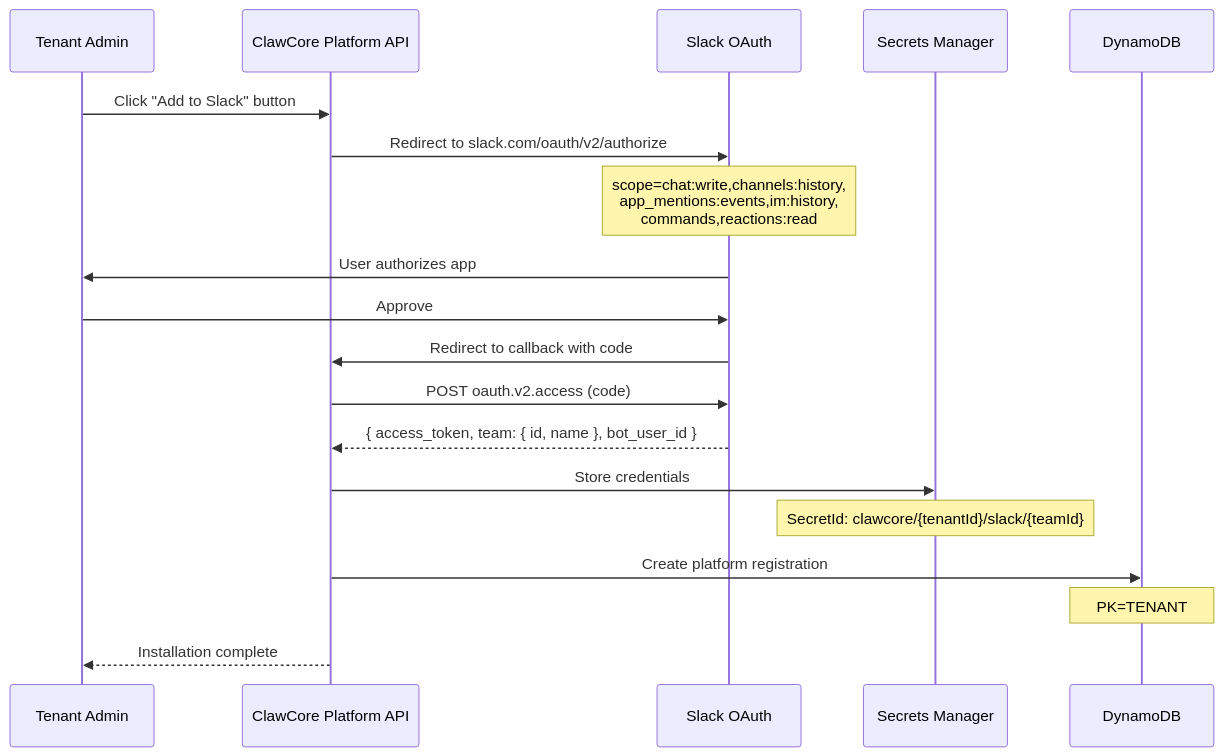
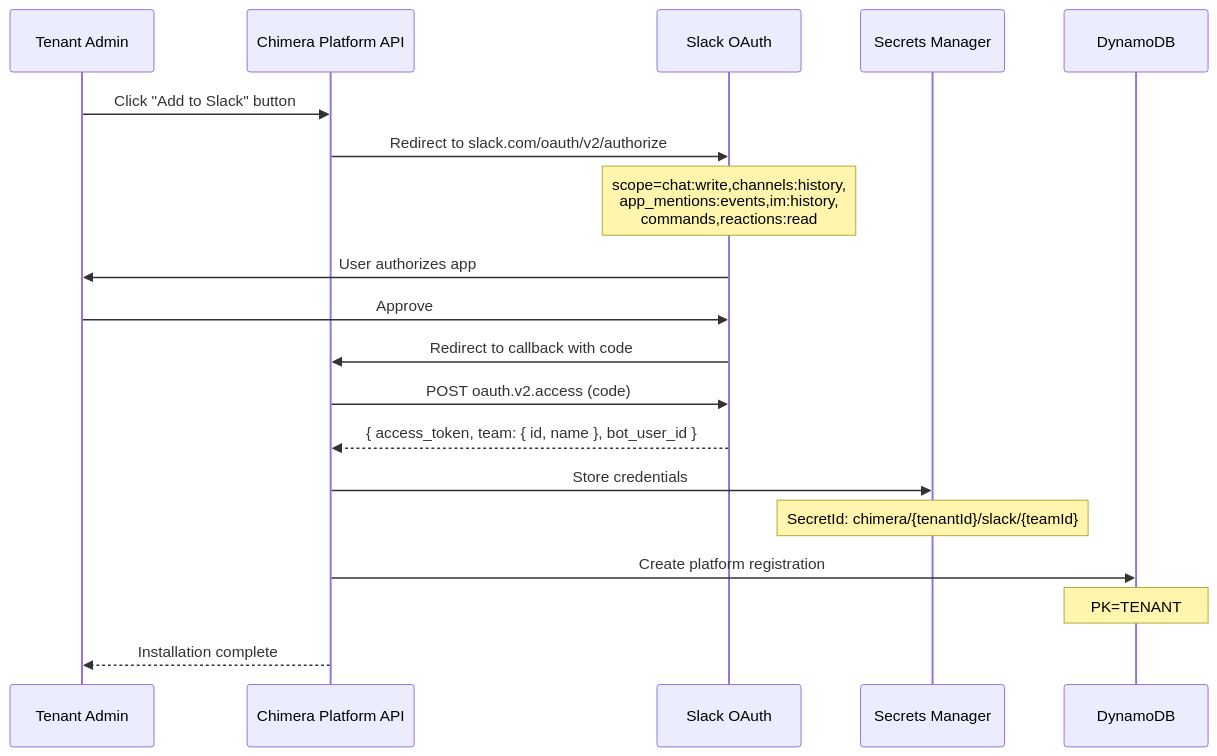
The third of 7 diagrams in docs/research/enhancement/03-Cross-Platform-Identity-Chat-Routing.md (Codeseys-Labs/chimera), drawn with Mermaid before and after one commit. The commit also changed other lines of this file and 40 other files, not shown here.

First line of the commit message:
Rename ClawCore → Chimera throughout codebase

````diff
--- a/docs/research/enhancement/03-Cross-Platform-Identity-Chat-Routing.md
+++ b/docs/research/enhancement/03-Cross-Platform-Identity-Chat-Routing.md
@@ -1800,22 +1800,22 @@
 ```mermaid
 sequenceDiagram
     participant A as Tenant Admin
-    participant C as ClawCore Platform API
+    participant C as Chimera Platform API
     participant S as Slack OAuth
     participant SM as Secrets Manager
     participant DB as DynamoDB
 
     A->>C: Click "Add to Slack" button
     C->>S: Redirect to slack.com/oauth/v2/authorize
     Note over S: scope=chat:write,channels:history,<br/>app_mentions:events,im:history,<br/>commands,reactions:read
     S->>A: User authorizes app
     A->>S: Approve
     S->>C: Redirect to callback with code
     C->>S: POST oauth.v2.access (code)
     S-->>C: { access_token, team: { id, name }, bot_user_id }
     C->>SM: Store credentials
-    Note over SM: SecretId: clawcore/{tenantId}/slack/{teamId}
+    Note over SM: SecretId: chimera/{tenantId}/slack/{teamId}
     C->>DB: Create platform registration
     Note over DB: PK=TENANT#acme SK=REGISTRATION#slack#T456
     C-->>A: Installation complete
 ```
````
